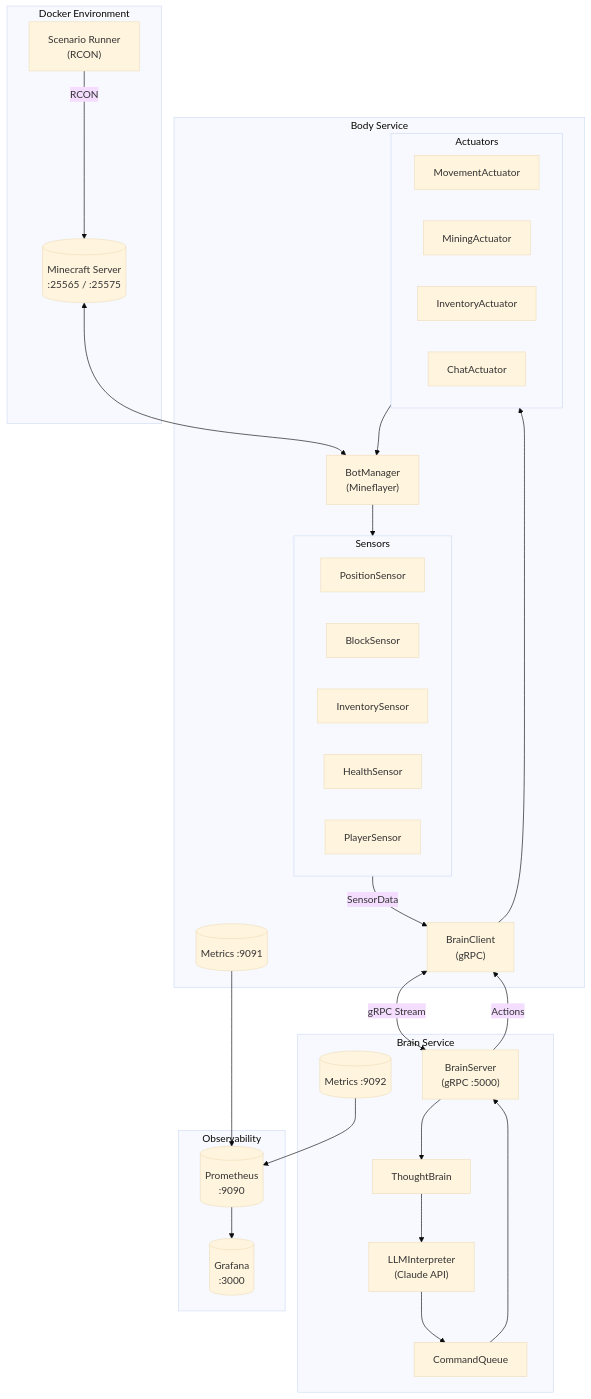
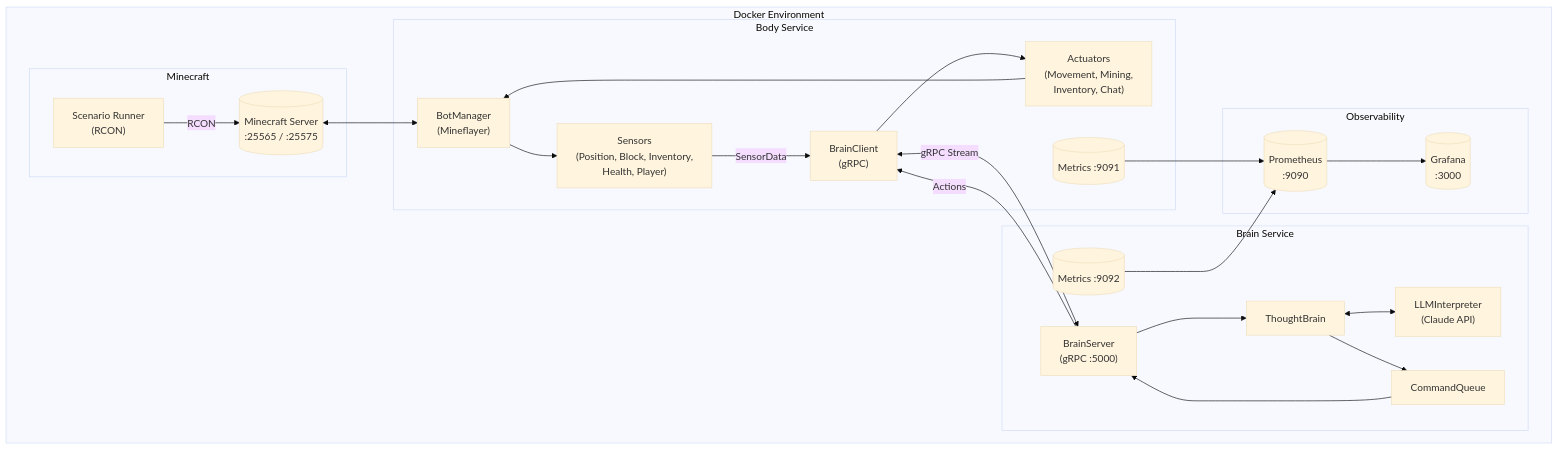
The first of 5 diagrams in ARCHITECTURE.md (tonyfosterdev/cubert), drawn with Mermaid (base theme) before and after one commit.

Commit message:
Changed mermaid

````diff
--- a/ARCHITECTURE.md
+++ b/ARCHITECTURE.md
@@ -31,55 +31,46 @@
 ```mermaid
 graph TB
     subgraph Docker["Docker Environment"]
-        MC[("Minecraft Server<br/>:25565 / :25575")]
-        SR["Scenario Runner<br/>(RCON)"]
-    end
+        subgraph MinecraftLayer["Minecraft"]
+            MC[("Minecraft Server<br/>:25565 / :25575")]
+            SR["Scenario Runner<br/>(RCON)"]
+        end
 
-    subgraph Body["Body Service"]
-        BM["BotManager<br/>(Mineflayer)"]
-        subgraph Sensors
-            PS["PositionSensor"]
-            BS["BlockSensor"]
-            IS["InventorySensor"]
-            HS["HealthSensor"]
-            PLS["PlayerSensor"]
+        subgraph Body["Body Service"]
+            BM["BotManager<br/>(Mineflayer)"]
+            Sensors["Sensors<br/>(Position, Block, Inventory,<br/>Health, Player)"]
+            Actuators["Actuators<br/>(Movement, Mining,<br/>Inventory, Chat)"]
+            BC["BrainClient<br/>(gRPC)"]
+            BMetrics[("Metrics :9091")]
         end
-        subgraph Actuators
-            MA["MovementActuator"]
-            MIA["MiningActuator"]
-            IA["InventoryActuator"]
-            CA["ChatActuator"]
+
+        subgraph Brain["Brain Service"]
+            BS2["BrainServer<br/>(gRPC :5000)"]
+            TB["ThoughtBrain"]
+            LLM["LLMInterpreter<br/>(Claude API)"]
+            CQ["CommandQueue"]
+            BrMetrics[("Metrics :9092")]
         end
-        BC["BrainClient<br/>(gRPC)"]
-        BMetrics[("Metrics :9091")]
-    end
 
-    subgraph Brain["Brain Service"]
-        BS2["BrainServer<br/>(gRPC :5000)"]
-        TB["ThoughtBrain"]
-        LLM["LLMInterpreter<br/>(Claude API)"]
-        CQ["CommandQueue"]
-        BrMetrics[("Metrics :9092")]
-    end
-
-    subgraph Observability
-        PROM[("Prometheus<br/>:9090")]
-        GRAF[("Grafana<br/>:3000")]
+        subgraph Observability
+            PROM[("Prometheus<br/>:9090")]
+            GRAF[("Grafana<br/>:3000")]
+        end
     end
 
     MC <--> BM
     SR -->|RCON| MC
     BM --> Sensors
     Actuators --> BM
     Sensors -->|SensorData| BC
     BC <-->|gRPC Stream| BS2
     BS2 -->|Actions| BC
     BC --> Actuators
     BS2 --> TB
-    TB --> LLM
-    LLM --> CQ
+    TB <--> LLM
+    TB --> CQ
     CQ --> BS2
     BMetrics --> PROM
     BrMetrics --> PROM
     PROM --> GRAF
 ```
````
